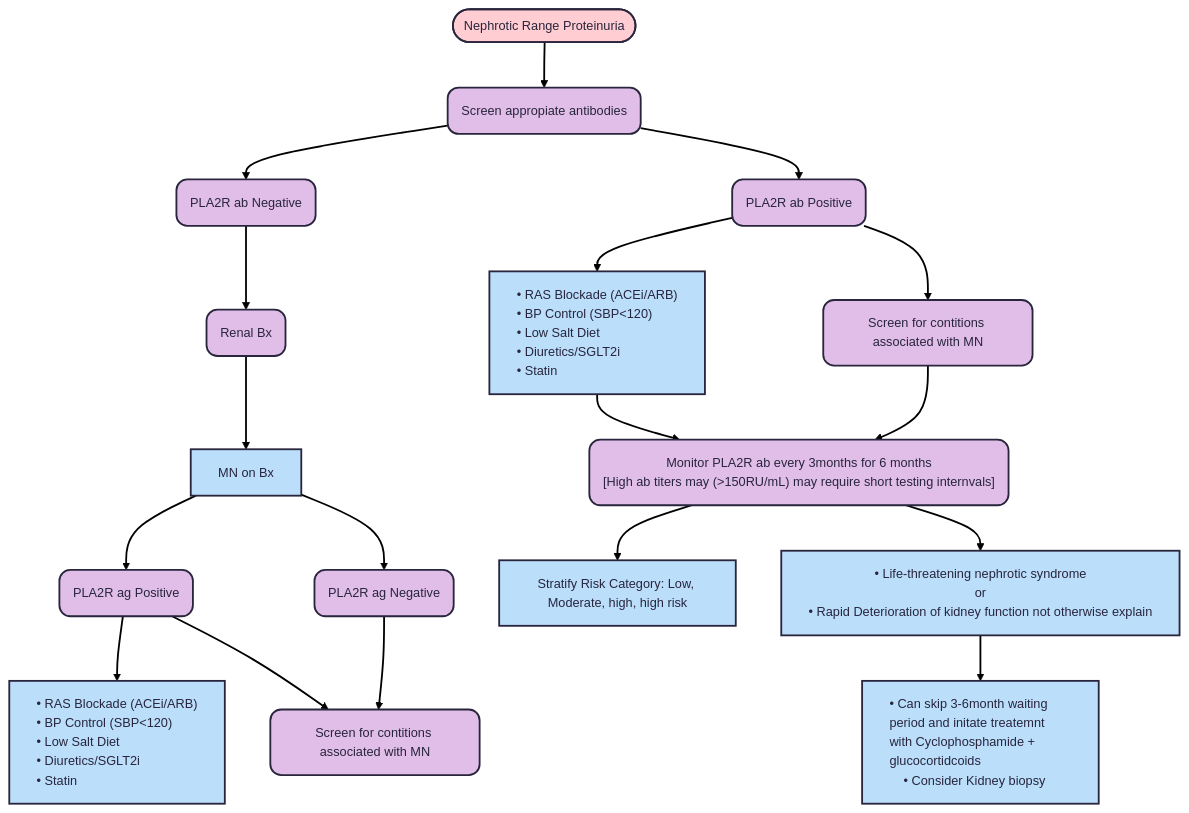
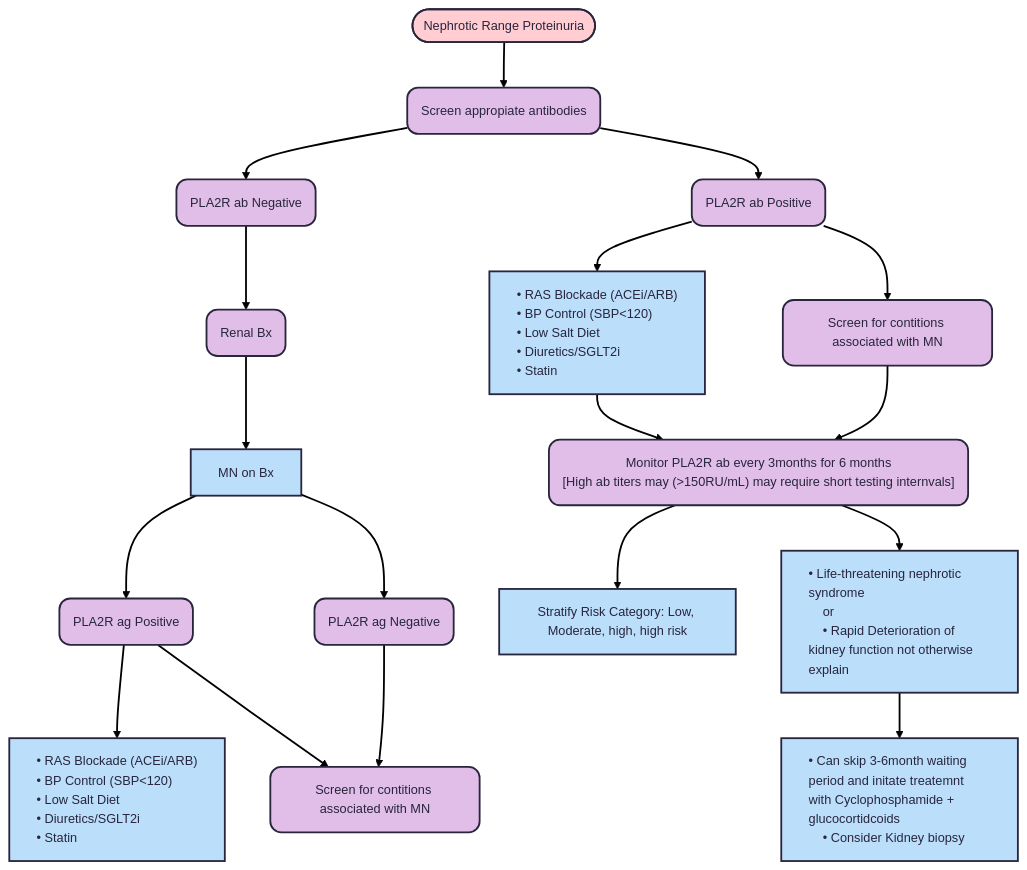
Before and after one commit to TTUNEPH2025/GN: the first of 4 diagrams in docs/Membranous.md, drawn with Mermaid. The commit also changed other lines of this file, not shown here.

````diff
--- a/docs/Membranous.md
+++ b/docs/Membranous.md
@@ -97,56 +97,56 @@
 ```mermaid
 ---
 config:
   theme: redux
 ---
 flowchart TD
     A(["Nephrotic Range Proteinuria"]) --> B["Screen appropiate antibodies"]
     B --> C["PLA2R ab Negative"] & D["PLA2R ab Positive"]
     C --> n1["Renal Bx"]
     n1 --> n2["MN on Bx"]
     n2 --> n3["PLA2R ag Positive"] & n4["PLA2R ag Negative"]
     n4 --> n5["Screen for contitions associated with MN"]
     n3 --> n6["• RAS Blockade (ACEi/ARB)
     • BP Control (SBP&lt;120)
     • Low Salt Diet
     • Diuretics/SGLT2i
     • Statin"] & n5
     D --> n7["• RAS Blockade (ACEi/ARB)
     • BP Control (SBP&lt;120)
     • Low Salt Diet
     • Diuretics/SGLT2i
     • Statin"] & n8["Screen for contitions associated with MN"]
     n7 --> n9["Monitor PLA2R ab every 3months for 6 months
     [High ab titers may (>150RU/mL) may require short testing internvals]"]
     n8 --> n9
     n9 --> n10["Stratify Risk Category: Low, Moderate, high, high risk"] & n11["• Life-threatening nephrotic syndrome
     or
     • Rapid Deterioration of kidney function not otherwise explain"]
     n11 --> n12[" • Can skip 3-6month waiting period and initate treatemnt with Cyclophosphamide + glucocortidcoids 
     • Consider Kidney biopsy"]
     B@{ shape: rounded}
     C@{ shape: rounded}
     D@{ shape: rounded}
     n1@{ shape: rounded}
     n3@{ shape: rounded}
     n4@{ shape: rounded}
     n5@{ shape: rounded}
     n8@{ shape: rounded}
     n9@{ shape: rounded}
     style A fill:#FFCDD2
     style B fill:#E1BEE7
     style C fill:#E1BEE7
     style D fill:#E1BEE7
     style n1 fill:#E1BEE7
     style n2 fill:#BBDEFB
     style n3 fill:#E1BEE7
     style n4 fill:#E1BEE7
     style n5 fill:#E1BEE7
     style n6 fill:#BBDEFB,text-align:left,white-space:nowrap
     style n7 fill:#BBDEFB,text-align:left,white-space:nowrap
     style n8 fill:#E1BEE7
     style n9 fill:#E1BEE7,white-space:nowrap
     style n10 fill:#BBDEFB
-    style n11 fill:#BBDEFB,white-space:nowrap
+    style n11 fill:#BBDEFB,text-align:left
     style n12 fill:#BBDEFB,text-align:left
 ```
````
